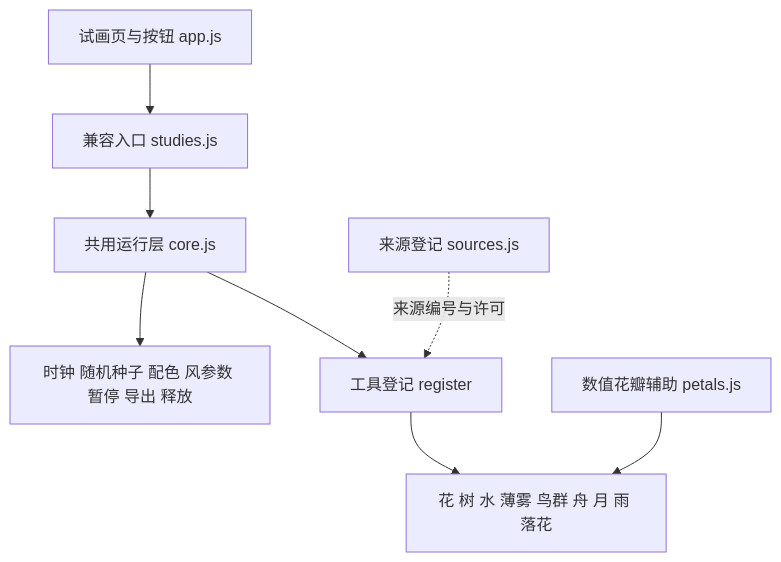
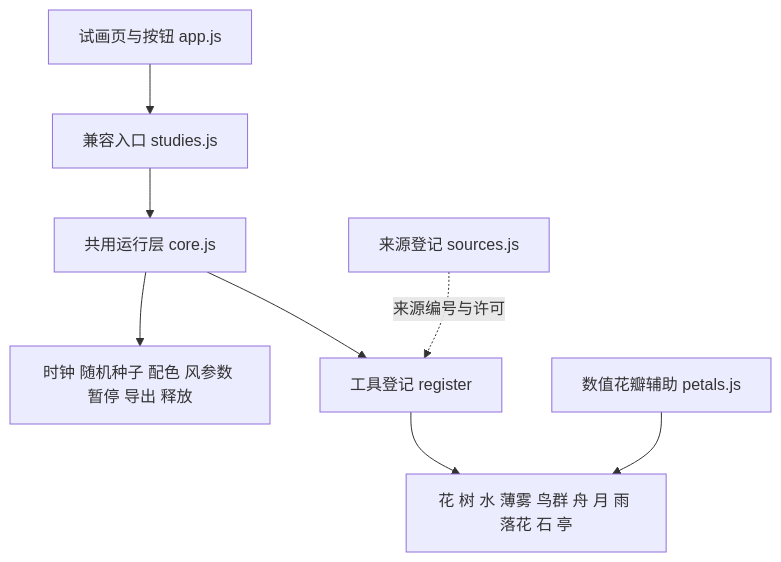
One commit to tuolaskifc/flowing-poetry changed the diagram in experiments/imagery-library/drawing/README.md. Above: the diagram before and after it, drawn with Mermaid. The commit also changed other lines of this file and 17 other files, not shown here.

````diff
--- a/experiments/imagery-library/drawing/README.md
+++ b/experiments/imagery-library/drawing/README.md
@@ -9,10 +9,10 @@
 ```mermaid
 flowchart TD
   ui[试画页与按钮 app.js] --> facade[兼容入口 studies.js]
   facade --> core[共用运行层 core.js]
   core --> registry[工具登记 register]
-  registry --> tools[花 树 水 薄雾 鸟群 舟 月 雨 落花]
+  registry --> tools[花 树 水 薄雾 鸟群 舟 月 雨 落花 石 亭]
   sources[来源登记 sources.js] -. 来源编号与许可 .-> registry
   core --> common[时钟 随机种子 配色 风参数 暂停 导出 释放]
   petals[数值花瓣辅助 petals.js] --> tools
 ```
````
